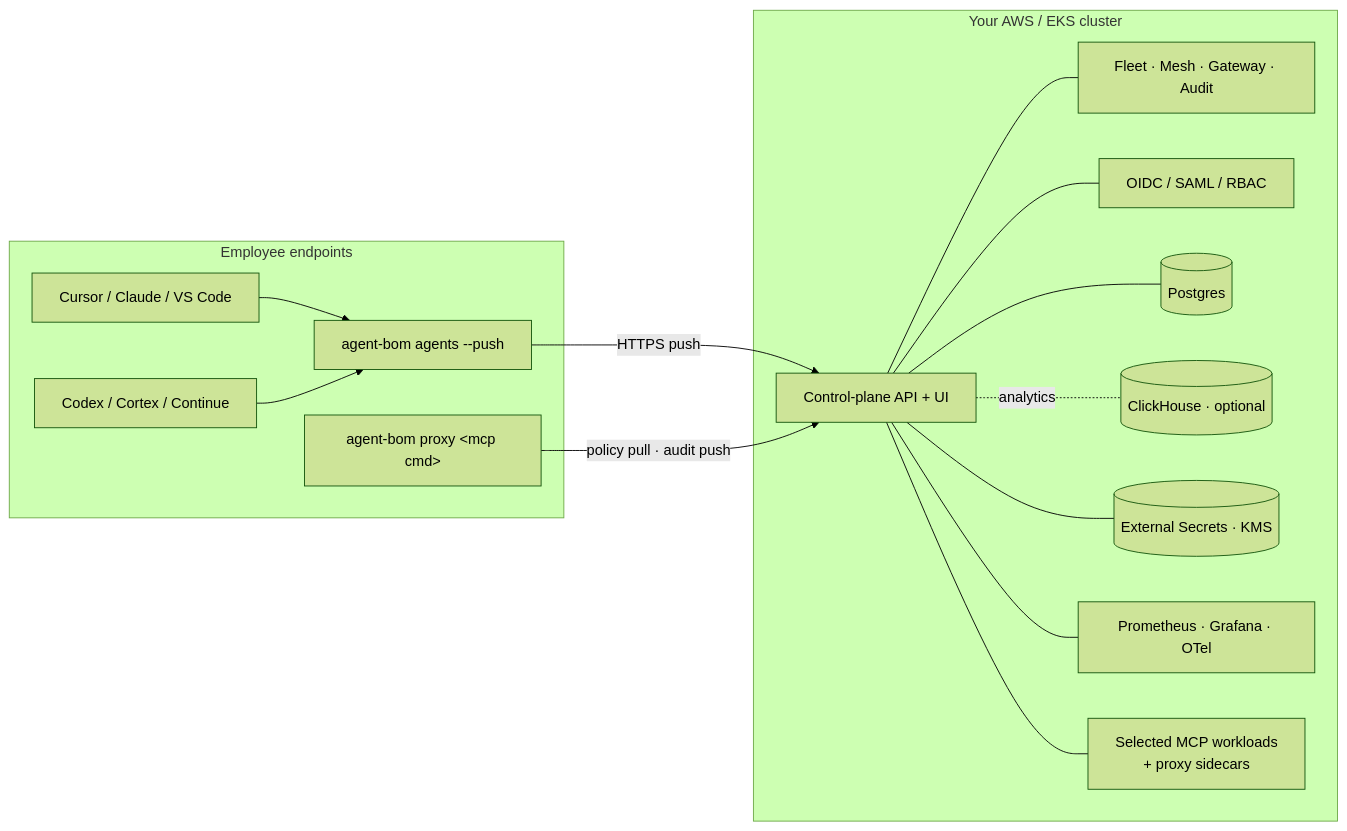
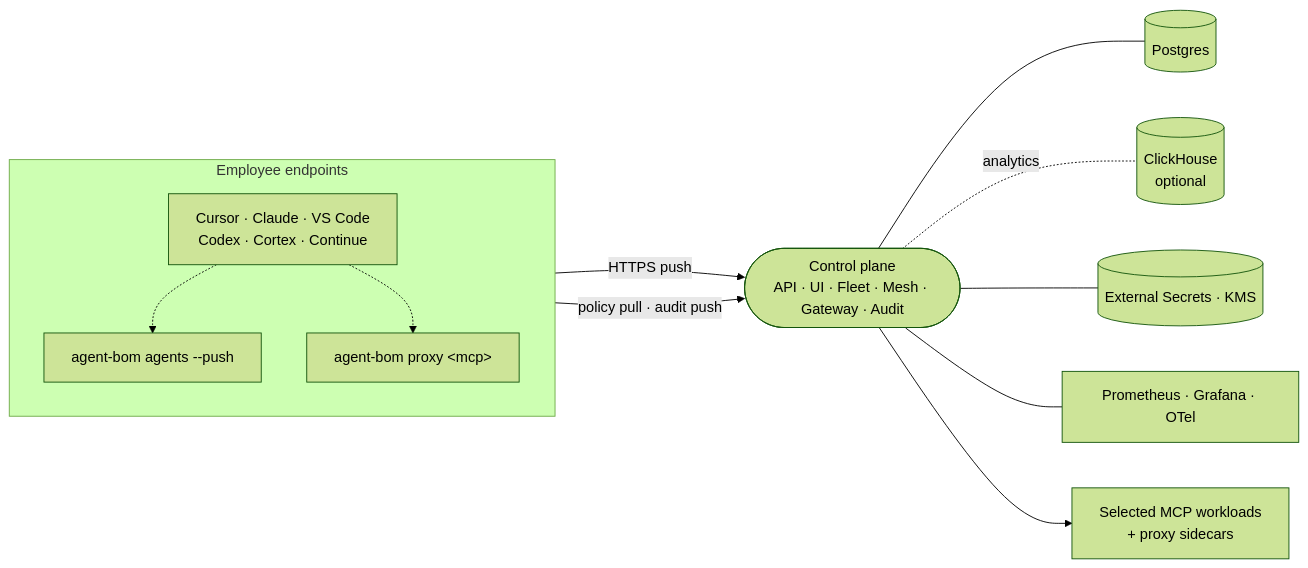
The first of 2 diagrams in README.md (msaad00/agent-bom), drawn with Mermaid (forest theme) before and after one commit. The commit also changed other lines of this file and 1 other file, not shown here.

Commit message:
Tighten README diagrams: hub-and-spoke deploy + linear request flow
The previous deploy-topology Mermaid had eight nodes radiating from a
single API node with crisscrossing back-references that rendered as
spaghetti on GitHub. This pass restructures the same information into
a clean three-tier hub-and-spoke (endpoints → control plane → state /
observability / workloads) and pushes the inside-the-control-plane
detail to a one-paragraph callout where it stays scannable.

Adds a new linear "request lifecycle" Mermaid showing how a request
flows through the middleware stack — body limit, trust headers, auth,
RBAC, tenant context, quota / rate limit, route, audit, KMS-backed
storage. Linear means no crossing edges by construction.

docs/VISUAL_LANGUAGE.md documents the deliberate three-medium mix —
SVG for hero visuals (blast-radius, scan-pipeline, engine-internals,
compliance, topology), Mermaid for code-true evolving flows, ASCII /
monospace for actual terminal output. Includes anti-spaghetti rules
(one direction, one nesting level, max 4-6 nodes per cluster, no mesh)
so future PRs do not regress the layout.

````diff
--- a/README.md
+++ b/README.md
@@ -142,32 +142,26 @@
 ```mermaid
 flowchart LR
     subgraph endpoints["Employee endpoints"]
-        cur[Cursor / Claude / VS Code]
-        codex[Codex / Cortex / Continue]
-        agcli[agent-bom agents --push]
-        prx[agent-bom proxy &lt;mcp cmd&gt;]
+        direction TB
+        clients["Cursor · Claude · VS Code<br/>Codex · Cortex · Continue"]
+        push["agent-bom agents --push"]
+        proxy["agent-bom proxy &lt;mcp&gt;"]
+        clients -.-> push
+        clients -.-> proxy
     end
 
-    subgraph eks["Your AWS / EKS cluster"]
-        api[Control-plane API + UI]
-        fleet[Fleet · Mesh · Gateway · Audit]
-        auth[OIDC / SAML / RBAC]
-        pg[(Postgres)]
-        ch[(ClickHouse · optional)]
-        secrets[(External Secrets · KMS)]
-        obs[Prometheus · Grafana · OTel]
-        mcps[Selected MCP workloads<br/>+ proxy sidecars]
-    end
+    cp(["Control plane<br/>API · UI · Fleet · Mesh · Gateway · Audit"])
+    pg[("Postgres")]
+    ch[("ClickHouse<br/>optional")]
+    sec[("External Secrets · KMS")]
+    obs["Prometheus · Grafana · OTel"]
+    workloads["Selected MCP workloads<br/>+ proxy sidecars"]
 
-    cur --> agcli
-    codex --> agcli
-    agcli -->|HTTPS push| api
-    prx -->|policy pull · audit push| api
-    api --- fleet
-    api --- auth
-    api --- pg
-    api -. analytics .- ch
-    api --- secrets
-    api --- obs
-    api --- mcps
+    push -->|HTTPS push| cp
+    proxy -->|policy pull · audit push| cp
+    cp --- pg
+    cp -. analytics .- ch
+    cp --- sec
+    cp --- obs
+    cp --> workloads
 ```
````
